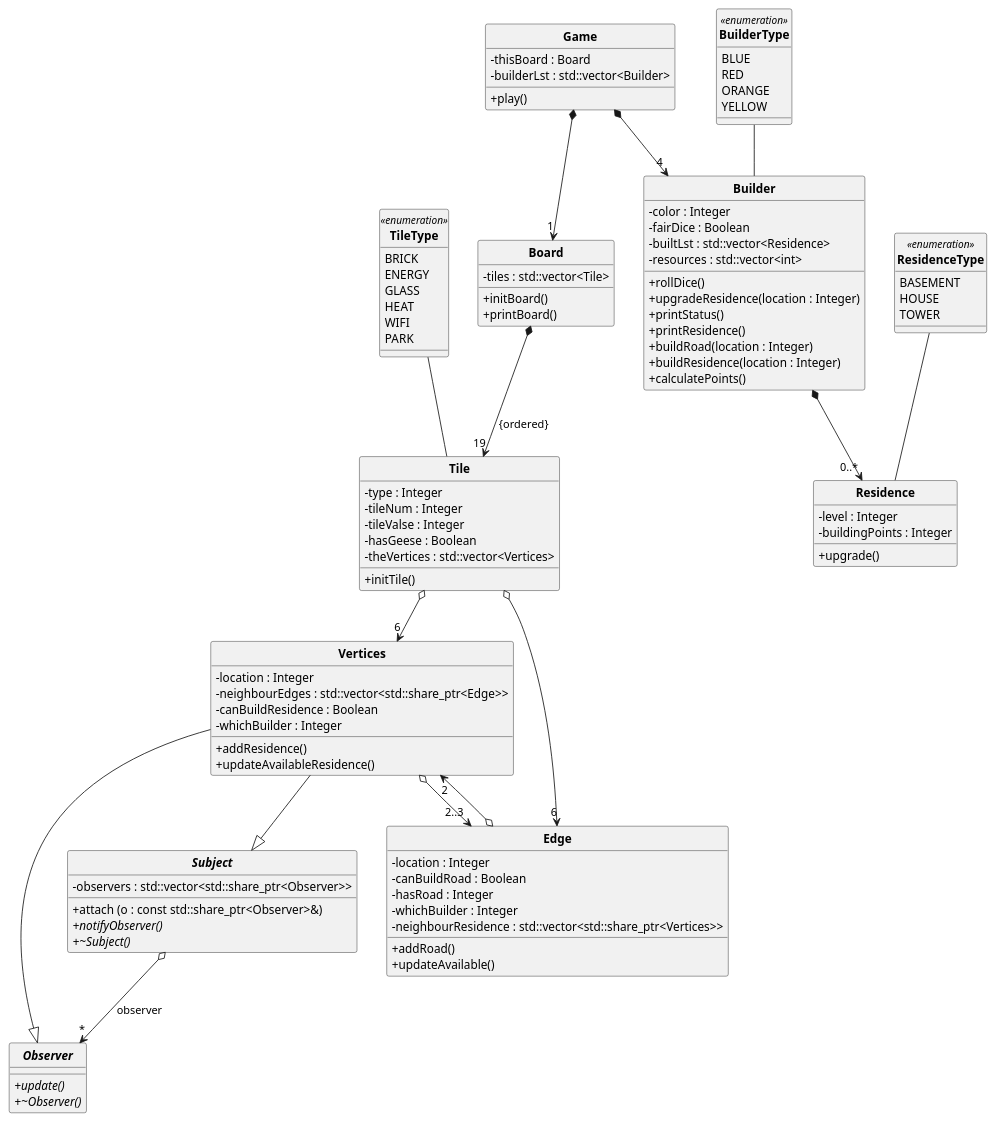
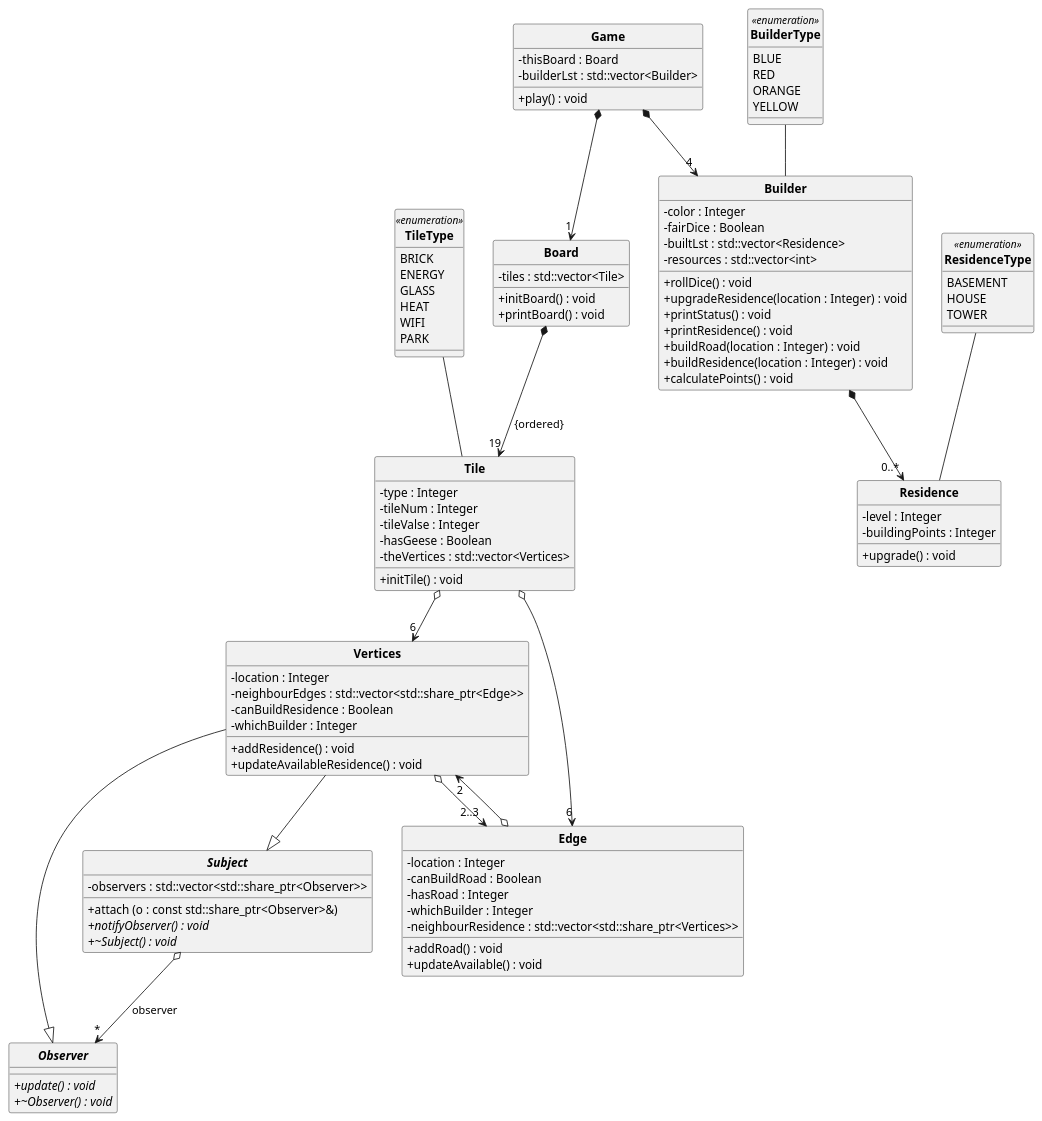
One commit to Charles-Shang/constructor changed the diagram in UML.wsd. Above: the diagram before and after it, drawn with PlantUML.

```diff
--- a/UML.wsd
+++ b/UML.wsd
@@ -1,115 +1,115 @@
 @startuml CS246 Final Project UML ddl#1
 skinparam style strictuml
 skinparam SequenceMessageAlignment center
 skinparam classAttributeIconSize 0
 
 class "**Board**"  {
     -tiles : std::vector<Tile>
-    +initBoard()
-    +printBoard()
+    +initBoard() : void 
+    +printBoard() : void 
 } 
 
 enum "**TileType**" << enumeration >> {
     BRICK 
     ENERGY 
     GLASS 
     HEAT 
     WIFI 
     PARK
 }
 
 class "**Tile**" {
     - type : Integer
     - tileNum : Integer
     - tileValse : Integer
     - hasGeese : Boolean
     - theVertices : std::vector<Vertices>
-    + initTile()
+    + initTile() : void
 } 
 
 abstract class "**Observer**" {
-    + {abstract} update()
-    + {abstract} ~Observer()
+    + {abstract} update() : void
+    + {abstract} ~Observer() : void
 }
 
 abstract class "**Subject**" {
     - observers : std::vector<std::share_ptr<Observer>>
     + attach (o : const std::share_ptr<Observer>&)
-    + {abstract} notifyObserver()
-    + {abstract} ~Subject()
+    + {abstract} notifyObserver() : void
+    + {abstract} ~Subject() : void
 }
 
 class "**Vertices**" {
     - location : Integer
     - neighbourEdges : std::vector<std::share_ptr<Edge>> 
     - canBuildResidence : Boolean
     - whichBuilder : Integer
-    + addResidence()
-    + updateAvailableResidence()
+    + addResidence() : void 
+    + updateAvailableResidence() : void 
 }
 
 class "**Edge**" {
     - location : Integer 
     - canBuildRoad : Boolean
     - hasRoad : Integer 
     - whichBuilder : Integer 
     - neighbourResidence : std::vector<std::share_ptr<Vertices>>
-    + addRoad()
-    + updateAvailable() 
+    + addRoad() : void 
+    + updateAvailable() : void 
 }
 
 enum "**BuilderType**" << enumeration >> {
     BLUE 
     RED 
     ORANGE 
     YELLOW 
 }
 
 class "**Builder**" {
     - color : Integer 
     - fairDice : Boolean
     - builtLst : std::vector<Residence> 
     - resources : std::vector<int>
-    + rollDice()
-    + upgradeResidence(location : Integer)
-    + printStatus()
-    + printResidence()
-    + buildRoad(location : Integer) 
-    + buildResidence(location : Integer)
-    + calculatePoints()
+    + rollDice() : void 
+    + upgradeResidence(location : Integer) : void
+    + printStatus() : void 
+    + printResidence() : void 
+    + buildRoad(location : Integer) : void
+    + buildResidence(location : Integer) : void
+    + calculatePoints() : void 
 }
 
 enum "**ResidenceType**" << enumeration >> {
     BASEMENT 
     HOUSE
     TOWER  
 }
 
 class "**Residence**" {
     - level : Integer 
     - buildingPoints : Integer 
-    + upgrade()
+    + upgrade() : void 
 }
 
 class "**Game**" {
     - thisBoard : Board 
     - builderLst : std::vector<Builder>
-    + play()
+    + play() : void 
 }
 
 "**Game**" *--> "1" "**Board**"
 "**Subject**" o--> "*" "**Observer**" : "observer"
 "**Vertices**" --|> "**Subject**"
 "**Vertices**" --|> "**Observer**"
 "**Vertices**" o--> "2..3" "**Edge**" 
 "**Edge**" o--> "2" "**Vertices**"
 "**Game**" *--> "4" "**Builder**"
 "**Board**" *--> "19" "**Tile**" : {ordered}
 "**Tile**" o--> "6" "**Edge**"
 "**Tile**" o--> "6" "**Vertices**"
 "**Builder**" *--> "0..*" "**Residence**"
 "**BuilderType**" -- "**Builder**"
 "**TileType**" -- "**Tile**"
 "**ResidenceType**" -- "**Residence**"
 
 @enduml
```
